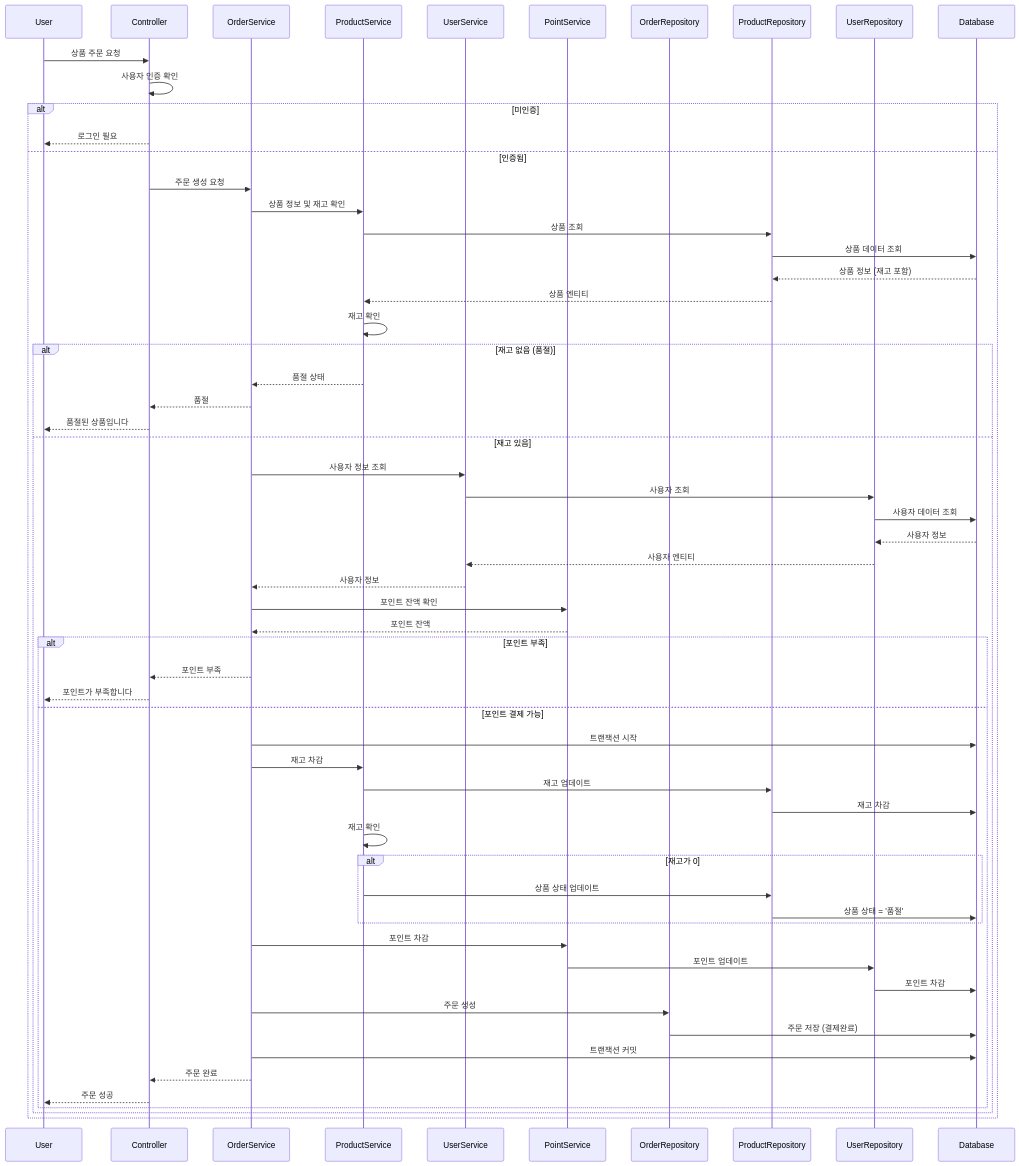
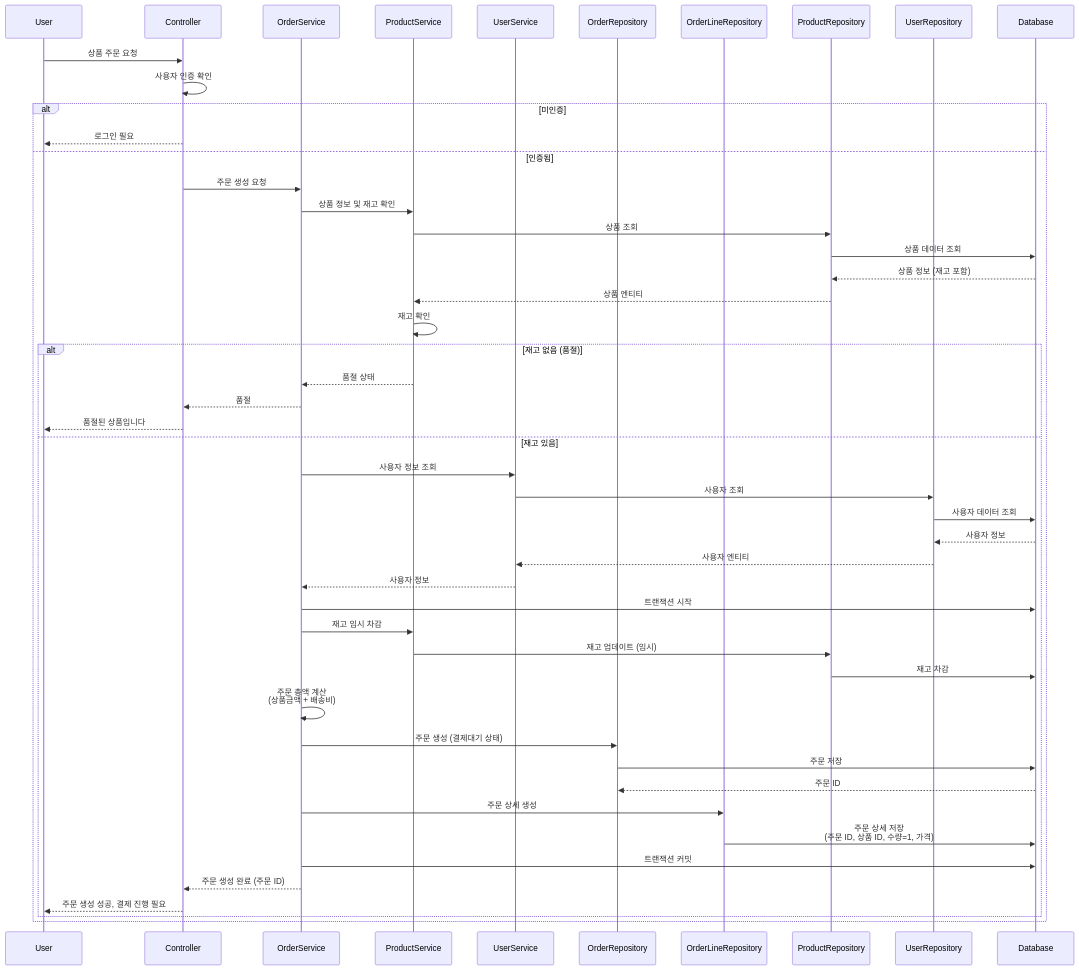
Before and after one commit to h2jinee/loopers: the seventh of 10 diagrams in docs/design/02-sequence-diagrams.md, drawn with Mermaid. The commit also changed other lines of this file, not shown here.

Commit message:
docs: 시퀀스 다이어그램 주문/결제 분리

````diff
--- a/docs/design/02-sequence-diagrams.md
+++ b/docs/design/02-sequence-diagrams.md
@@ -275,75 +275,63 @@
 ```mermaid
 sequenceDiagram
     participant U as User
     participant C as Controller
     participant OS as OrderService
     participant PS as ProductService
     participant US as UserService
-    participant PtS as PointService
     participant OR as OrderRepository
+    participant OLR as OrderLineRepository
     participant PR as ProductRepository
     participant UR as UserRepository
     participant DB as Database
 
     U->>C: 상품 주문 요청
     C->>C: 사용자 인증 확인
     
     alt 미인증
         C-->>U: 로그인 필요
     else 인증됨
         C->>OS: 주문 생성 요청
         
         OS->>PS: 상품 정보 및 재고 확인
         PS->>PR: 상품 조회
         PR->>DB: 상품 데이터 조회
         DB-->>PR: 상품 정보 (재고 포함)
         PR-->>PS: 상품 엔티티
         
         PS->>PS: 재고 확인
         
         alt 재고 없음 (품절)
             PS-->>OS: 품절 상태
             OS-->>C: 품절
             C-->>U: 품절된 상품입니다
         else 재고 있음
             OS->>US: 사용자 정보 조회
             US->>UR: 사용자 조회
             UR->>DB: 사용자 데이터 조회
             DB-->>UR: 사용자 정보
             UR-->>US: 사용자 엔티티
             US-->>OS: 사용자 정보
             
-            OS->>PtS: 포인트 잔액 확인
-            PtS-->>OS: 포인트 잔액
+            OS->>DB: 트랜잭션 시작
             
-            alt 포인트 부족
-                OS-->>C: 포인트 부족
-                C-->>U: 포인트가 부족합니다
-            else 포인트 결제 가능
-                OS->>DB: 트랜잭션 시작
-                
-                OS->>PS: 재고 차감
-                PS->>PR: 재고 업데이트
-                PR->>DB: 재고 차감
-                
-                PS->>PS: 재고 확인
-                alt 재고가 0
-                    PS->>PR: 상품 상태 업데이트
-                    PR->>DB: 상품 상태 = '품절'
-                end
-                
-                OS->>PtS: 포인트 차감
-                PtS->>UR: 포인트 업데이트
-                UR->>DB: 포인트 차감
-                
-                OS->>OR: 주문 생성
-                OR->>DB: 주문 저장 (결제완료)
-                
-                OS->>DB: 트랜잭션 커밋
-                
-                OS-->>C: 주문 완료
-                C-->>U: 주문 성공
-            end
+            OS->>PS: 재고 임시 차감
+            PS->>PR: 재고 업데이트 (임시)
+            PR->>DB: 재고 차감
+            
+            OS->>OS: 주문 총액 계산<br/>(상품금액 + 배송비)
+            
+            OS->>OR: 주문 생성 (결제대기 상태)
+            OR->>DB: 주문 저장
+            DB-->>OR: 주문 ID
+            
+            OS->>OLR: 주문 상세 생성
+            OLR->>DB: 주문 상세 저장<br/>(주문 ID, 상품 ID, 수량=1, 가격)
+            
+            OS->>DB: 트랜잭션 커밋
+            
+            OS-->>C: 주문 생성 완료 (주문 ID)
+            C-->>U: 주문 생성 성공, 결제 진행 필요
         end
     end
 ```
````
